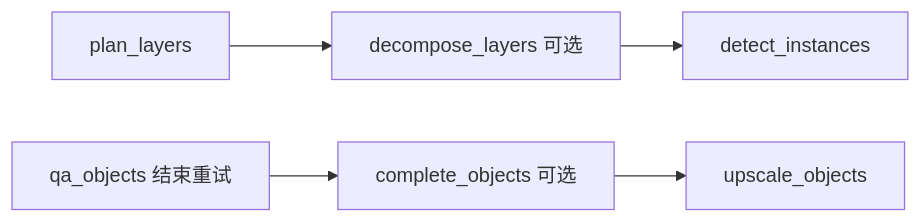
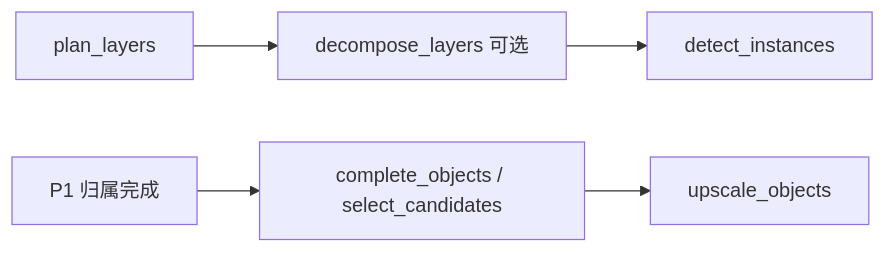
Before and after one commit to 1679712850/game-image-reconstruction-pipeline: the second of 2 diagrams in README.md, drawn with Mermaid. The commit also changed other lines of this file and 43 other files, not shown here.

````diff
--- a/README.md
+++ b/README.md
@@ -398,7 +405,7 @@
 ```mermaid
 flowchart LR
     PLAN[plan_layers] --> LAYER[decompose_layers 可选]
     LAYER --> DETECT[detect_instances]
-    QA[qa_objects 结束重试] --> EDIT[complete_objects 可选]
+    QA[P1 归属完成] --> EDIT[complete_objects / select_candidates]
     EDIT --> UPSCALE[upscale_objects]
 ```
````
